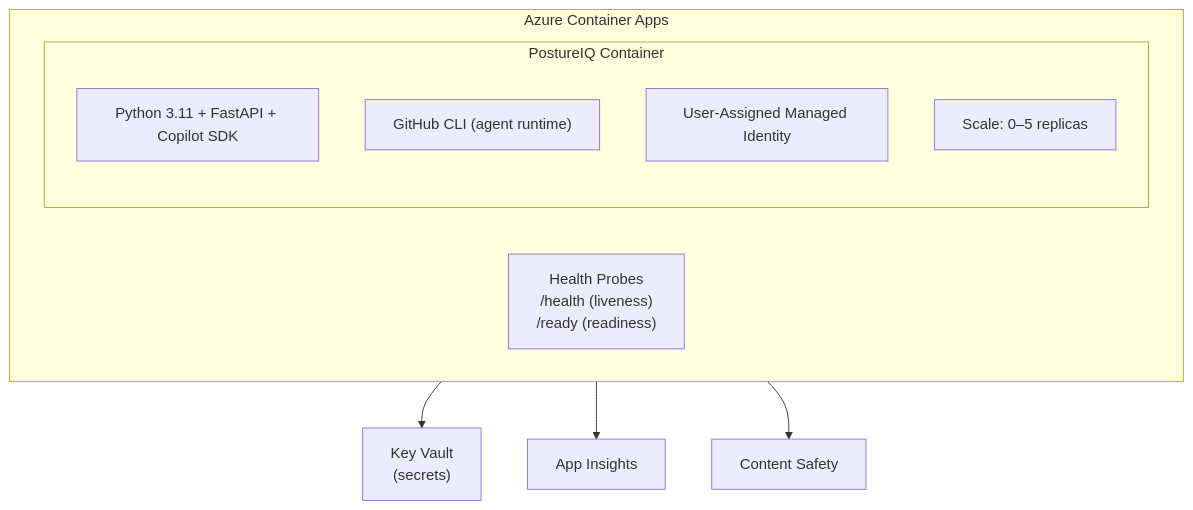
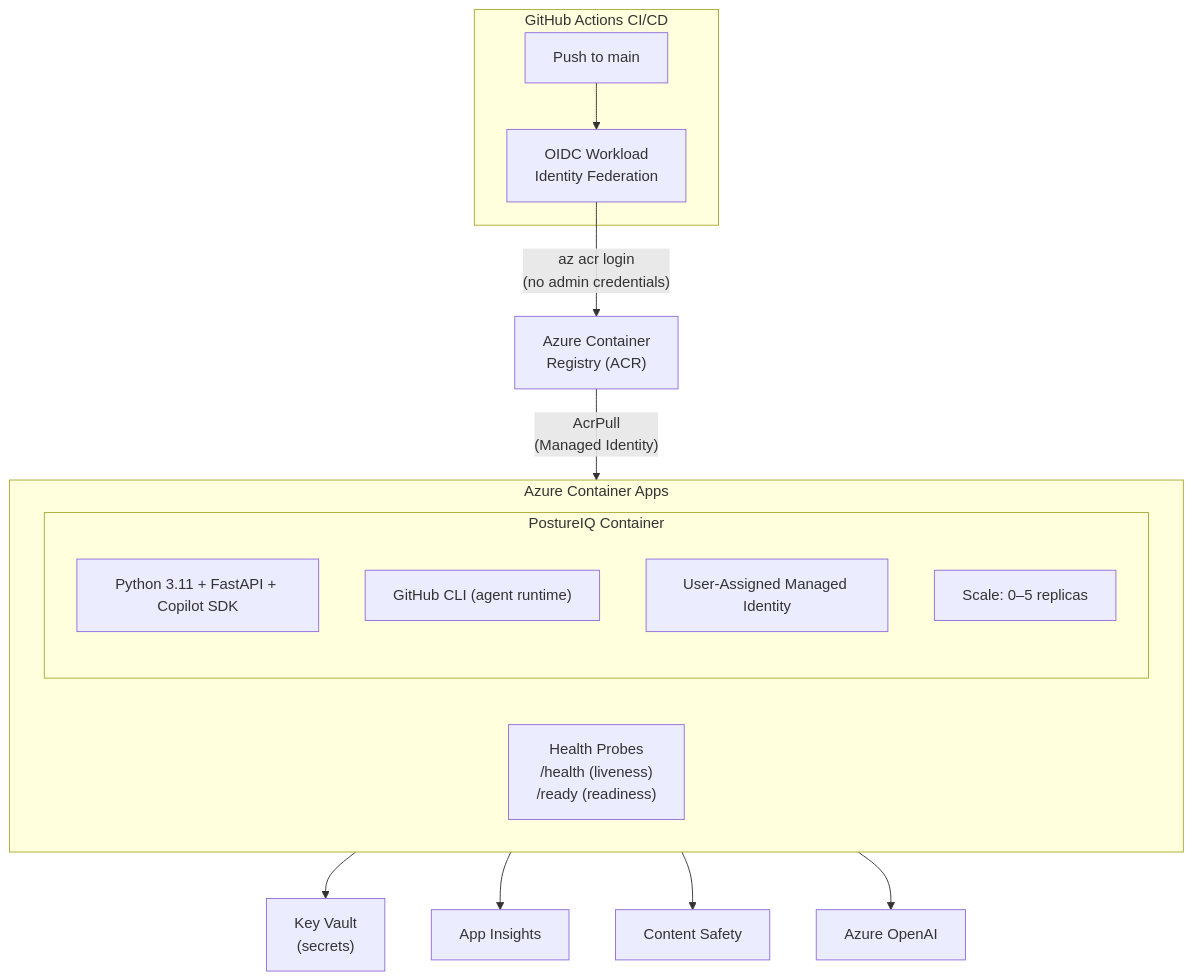
The second of 3 diagrams in docs/architecture.md (9owlsboston/posture-iq), drawn with Mermaid before and after one commit. The commit also changed other lines of this file and 27 other files, not shown here.

````diff
--- a/docs/architecture.md
+++ b/docs/architecture.md
@@ -46,16 +47,26 @@
 ```mermaid
 graph TB
+    subgraph CICD["GitHub Actions CI/CD"]
+        GH["Push to main"]
+        OIDC["OIDC Workload<br/>Identity Federation"]
+        GH --> OIDC
+    end
+
+    OIDC -- "az acr login<br/>(no admin credentials)" --> ACR["Azure Container<br/>Registry (ACR)"]
+
     subgraph ACA["Azure Container Apps"]
         subgraph Container["PostureIQ Container"]
             P1["Python 3.11 + FastAPI + Copilot SDK"]
             P2["GitHub CLI (agent runtime)"]
             P3["User-Assigned Managed Identity"]
             P4["Scale: 0–5 replicas"]
         end
         Probes["Health Probes<br/>/health (liveness)<br/>/ready (readiness)"]
     end
 
+    ACR -- "AcrPull<br/>(Managed Identity)" --> ACA
     ACA --> KV["Key Vault<br/>(secrets)"]
     ACA --> AI["App Insights"]
     ACA --> CS["Content Safety"]
+    ACA --> OAI["Azure OpenAI"]
 ```
````
